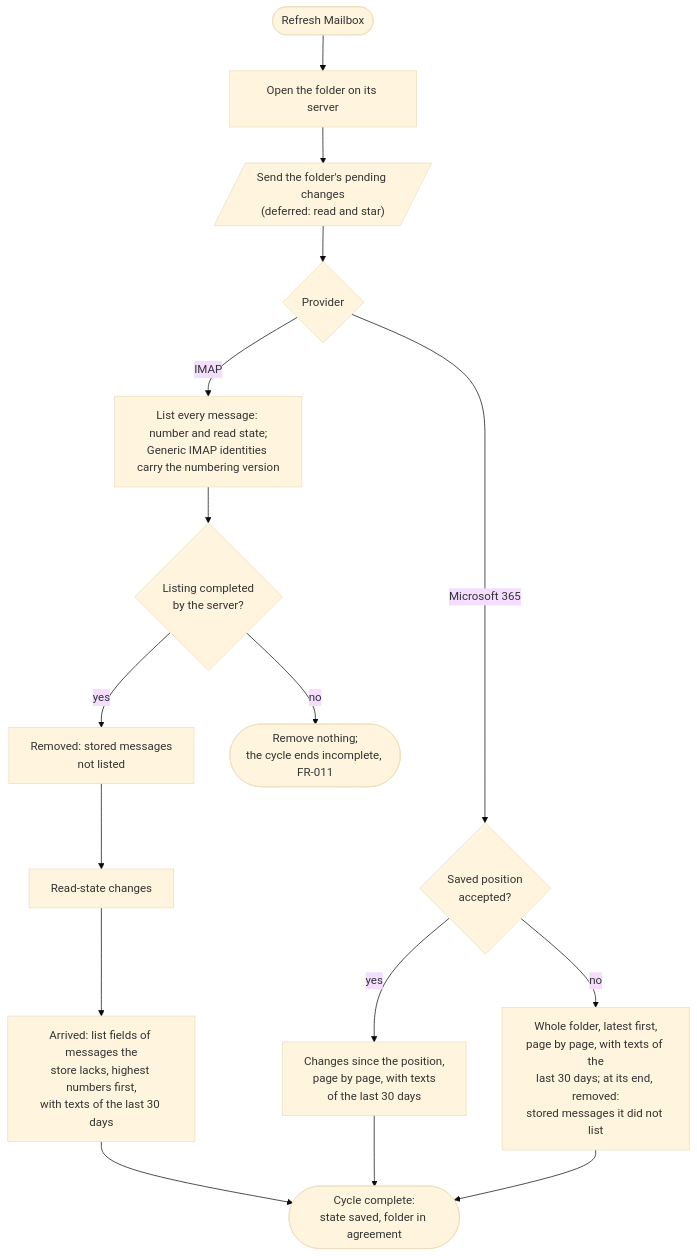
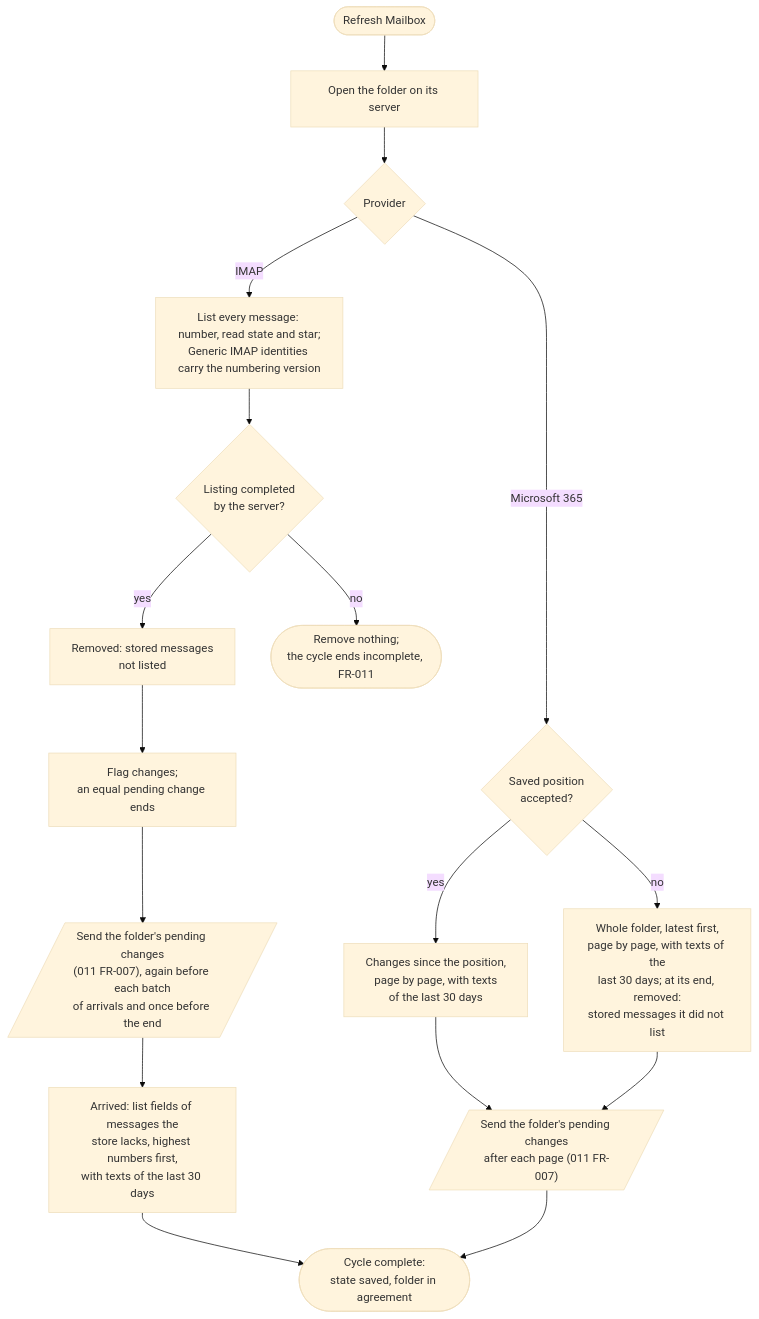
The first of 2 diagrams in specs/009-synchronization/spec.md (mitinand/gnome-mailbag), drawn with Mermaid (base theme) before and after one commit. The commit also changed other lines of this file and 17 other files, not shown here.

Commit message:
Spec read and star

````diff
--- a/specs/009-synchronization/spec.md
+++ b/specs/009-synchronization/spec.md
@@ -664,21 +680,22 @@
 ```mermaid
 flowchart TD
     start([Refresh Mailbox]) --> open[Open the folder on its server]
-    open --> pending[/"Send the folder's pending changes<br/>(deferred: read and star)"/]
-    pending --> provider{Provider}
+    open --> provider{Provider}
 
-    provider -->|IMAP| listing[List every message: number and read state;<br/>Generic IMAP identities carry the numbering version]
+    provider -->|IMAP| listing[List every message: number, read state and star;<br/>Generic IMAP identities carry the numbering version]
     listing --> proof{Listing completed<br/>by the server?}
     proof -->|yes| remove[Removed: stored messages<br/>not listed]
     proof -->|no| keep([Remove nothing;<br/>the cycle ends incomplete, FR-011])
-    remove --> states[Read-state changes]
-    states --> arrive[Arrived: list fields of messages the<br/>store lacks, highest numbers first,<br/>with texts of the last 30 days]
+    remove --> states[Flag changes;<br/>an equal pending change ends]
+    states --> pending[/"Send the folder's pending changes<br/>(011 FR-007), again before each batch<br/>of arrivals and once before the end"/]
+    pending --> arrive[Arrived: list fields of messages the<br/>store lacks, highest numbers first,<br/>with texts of the last 30 days]
 
     provider -->|Microsoft 365| position{Saved position<br/>accepted?}
     position -->|yes| changes[Changes since the position,<br/>page by page, with texts<br/>of the last 30 days]
     position -->|no| full[Whole folder, latest first,<br/>page by page, with texts of the<br/>last 30 days; at its end, removed:<br/>stored messages it did not list]
+    changes --> pending365[/"Send the folder's pending changes<br/>after each page (011 FR-007)"/]
+    full --> pending365
 
     arrive --> done([Cycle complete:<br/>state saved, folder in agreement])
-    changes --> done
-    full --> done
+    pending365 --> done
 ```
````
